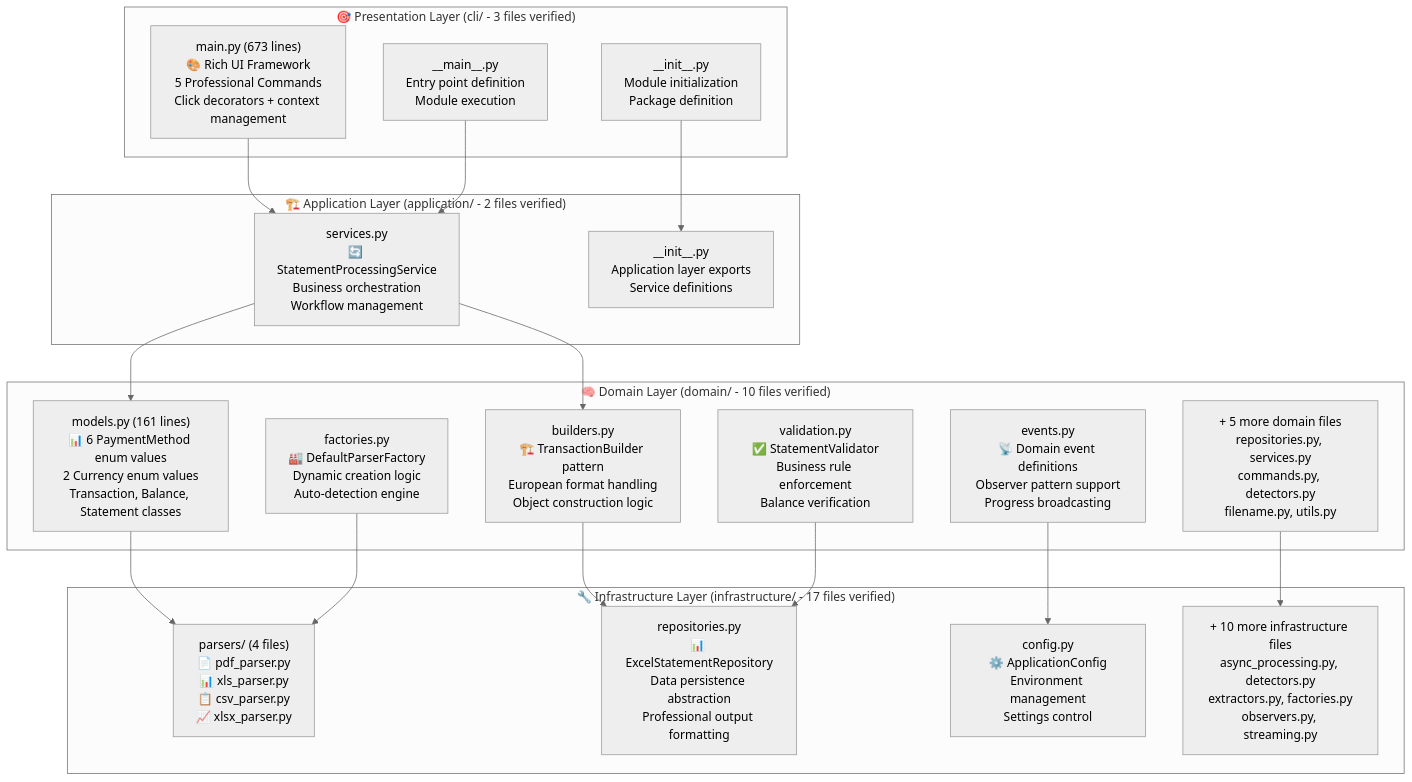
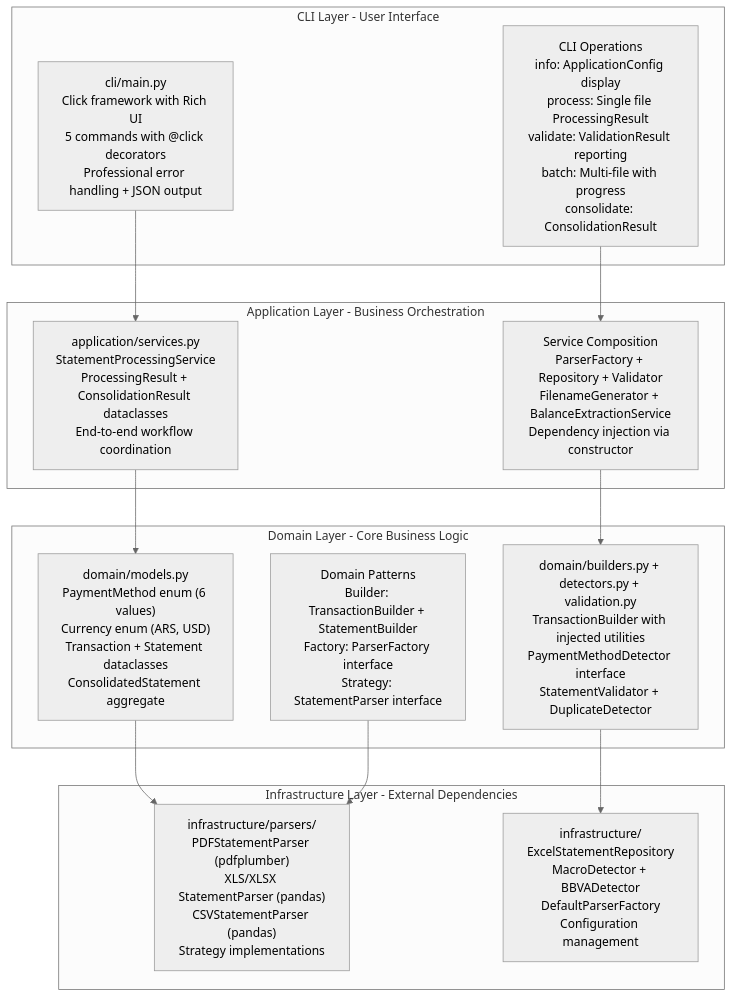
Before and after one commit to EduuardoPerez/financial-statement-processor: the first of 9 diagrams in memory-bank/systemPatterns.md, drawn with Mermaid (neutral theme). The commit also changed other lines of this file and 6 other files, not shown here.

````diff
--- a/memory-bank/systemPatterns.md
+++ b/memory-bank/systemPatterns.md
@@ -22,54 +5,38 @@
 ```mermaid
 graph TB
-    subgraph "🎯 Presentation Layer (cli/ - 3 files verified)"
-        CLI_MAIN["main.py (673 lines)<br/>🎨 Rich UI Framework<br/>5 Professional Commands<br/>Click decorators + context management"]
+    subgraph "CLI Layer - User Interface"
+        CLI_INTERFACE["cli/main.py<br/>Click framework with Rich UI<br/>5 commands with @click decorators<br/>Professional error handling + JSON output"]
 
-        CLI_INIT["__init__.py<br/>Module initialization<br/>Package definition"]
-
-        CLI_ENTRY["__main__.py<br/>Entry point definition<br/>Module execution"]
+        CLI_OPERATIONS["CLI Operations<br/>info: ApplicationConfig display<br/>process: Single file ProcessingResult<br/>validate: ValidationResult reporting<br/>batch: Multi-file with progress<br/>consolidate: ConsolidationResult"]
     end
 
-    subgraph "🏗️ Application Layer (application/ - 2 files verified)"
-        APP_SERVICES["services.py<br/>🔄 StatementProcessingService<br/>Business orchestration<br/>Workflow management"]
+    subgraph "Application Layer - Business Orchestration"
+        APP_SERVICES["application/services.py<br/>StatementProcessingService<br/>ProcessingResult + ConsolidationResult dataclasses<br/>End-to-end workflow coordination"]
 
-        APP_INIT["__init__.py<br/>Application layer exports<br/>Service definitions"]
+        SERVICE_COMPOSITION["Service Composition<br/>ParserFactory + Repository + Validator<br/>FilenameGenerator + BalanceExtractionService<br/>Dependency injection via constructor"]
     end
 
-    subgraph "🧠 Domain Layer (domain/ - 10 files verified)"
-        DOMAIN_MODELS["models.py (161 lines)<br/>📊 6 PaymentMethod enum values<br/>2 Currency enum values<br/>Transaction, Balance, Statement classes"]
+    subgraph "Domain Layer - Core Business Logic"
+        DOMAIN_MODELS["domain/models.py<br/>PaymentMethod enum (6 values)<br/>Currency enum (ARS, USD)<br/>Transaction + Statement dataclasses<br/>ConsolidatedStatement aggregate"]
 
-        DOMAIN_BUILDERS["builders.py<br/>🏗️ TransactionBuilder pattern<br/>European format handling<br/>Object construction logic"]
+        DOMAIN_SERVICES["domain/builders.py + detectors.py + validation.py<br/>TransactionBuilder with injected utilities<br/>PaymentMethodDetector interface<br/>StatementValidator + DuplicateDetector"]
 
-        DOMAIN_EVENTS["events.py<br/>📡 Domain event definitions<br/>Observer pattern support<br/>Progress broadcasting"]
-
-        DOMAIN_FACTORIES["factories.py<br/>🏭 DefaultParserFactory<br/>Dynamic creation logic<br/>Auto-detection engine"]
-
-        DOMAIN_VALIDATION["validation.py<br/>✅ StatementValidator<br/>Business rule enforcement<br/>Balance verification"]
-
-        DOMAIN_OTHER["+ 5 more domain files<br/>repositories.py, services.py<br/>commands.py, detectors.py<br/>filename.py, utils.py"]
+        PATTERNS["Domain Patterns<br/>Builder: TransactionBuilder + StatementBuilder<br/>Factory: ParserFactory interface<br/>Strategy: StatementParser interface"]
     end
 
-    subgraph "🔧 Infrastructure Layer (infrastructure/ - 17 files verified)"
-        INFRA_PARSERS["parsers/ (4 files)<br/>📄 pdf_parser.py<br/>📊 xls_parser.py<br/>📋 csv_parser.py<br/>📈 xlsx_parser.py"]
+    subgraph "Infrastructure Layer - External Dependencies"
+        FORMAT_PROCESSORS["infrastructure/parsers/<br/>PDFStatementParser (pdfplumber)<br/>XLS/XLSX StatementParser (pandas)<br/>CSVStatementParser (pandas)<br/>Strategy implementations"]
 
-        INFRA_REPOS["repositories.py<br/>📊 ExcelStatementRepository<br/>Data persistence abstraction<br/>Professional output formatting"]
-
-        INFRA_CONFIG["config.py<br/>⚙️ ApplicationConfig<br/>Environment management<br/>Settings control"]
-
-        INFRA_OTHER["+ 10 more infrastructure files<br/>async_processing.py, detectors.py<br/>extractors.py, factories.py<br/>observers.py, streaming.py"]
+        DATA_ACCESS["infrastructure/<br/>ExcelStatementRepository<br/>MacroDetector + BBVADetector<br/>DefaultParserFactory<br/>Configuration management"]
     end
 
-    CLI_MAIN --> APP_SERVICES
-    CLI_INIT --> APP_INIT
-    CLI_ENTRY --> APP_SERVICES
+    CLI_INTERFACE --> APP_SERVICES
+    CLI_OPERATIONS --> SERVICE_COMPOSITION
 
     APP_SERVICES --> DOMAIN_MODELS
-    APP_SERVICES --> DOMAIN_BUILDERS
+    SERVICE_COMPOSITION --> DOMAIN_SERVICES
 
-    DOMAIN_MODELS --> INFRA_PARSERS
-    DOMAIN_BUILDERS --> INFRA_REPOS
-    DOMAIN_EVENTS --> INFRA_CONFIG
-    DOMAIN_FACTORIES --> INFRA_PARSERS
-    DOMAIN_VALIDATION --> INFRA_REPOS
-    DOMAIN_OTHER --> INFRA_OTHER
+    DOMAIN_MODELS --> FORMAT_PROCESSORS
+    DOMAIN_SERVICES --> DATA_ACCESS
+    PATTERNS --> FORMAT_PROCESSORS
 ```
````
